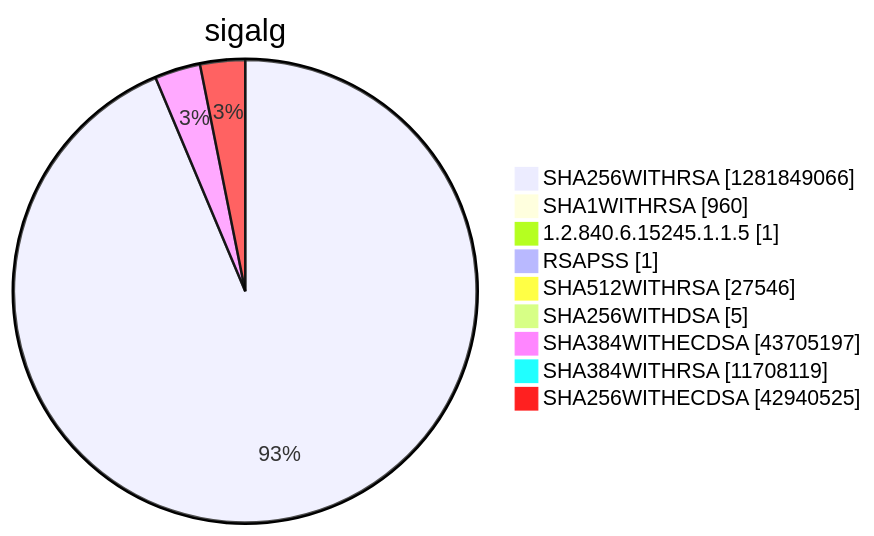
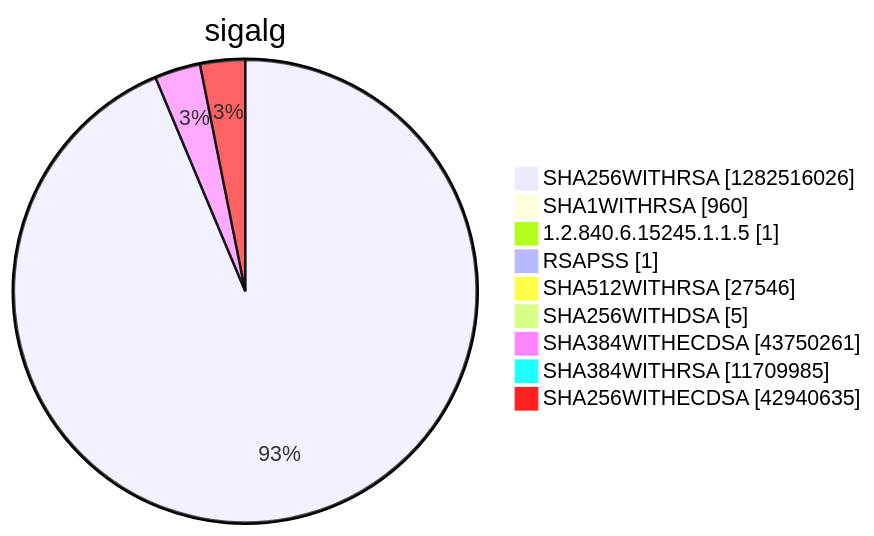
Diagram 15 of 15 in argon2022/README.md (christiankrug/ctmonitor_visualization), drawn with Mermaid before and after one commit. The commit also changed other lines of this file, not shown here.

````diff
--- a/argon2022/README.md
+++ b/argon2022/README.md
@@ -5523,13 +5523,13 @@
 ```mermaid
 pie showData
 title sigalg
-"SHA256WITHRSA" :1281849066
+"SHA256WITHRSA" :1282516026
 "SHA1WITHRSA" :960
 "1.2.840.6.15245.1.1.5" :1
 "RSAPSS" :1
 "SHA512WITHRSA" :27546
 "SHA256WITHDSA" :5
-"SHA384WITHECDSA" :43705197
-"SHA384WITHRSA" :11708119
-"SHA256WITHECDSA" :42940525
+"SHA384WITHECDSA" :43750261
+"SHA384WITHRSA" :11709985
+"SHA256WITHECDSA" :42940635
 ```
````
